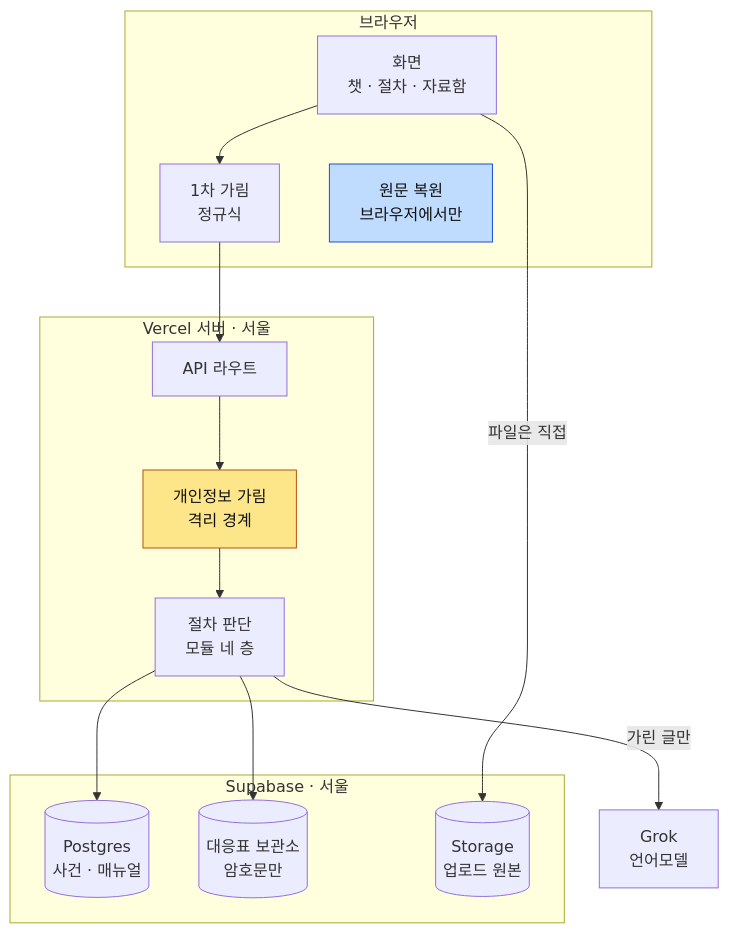
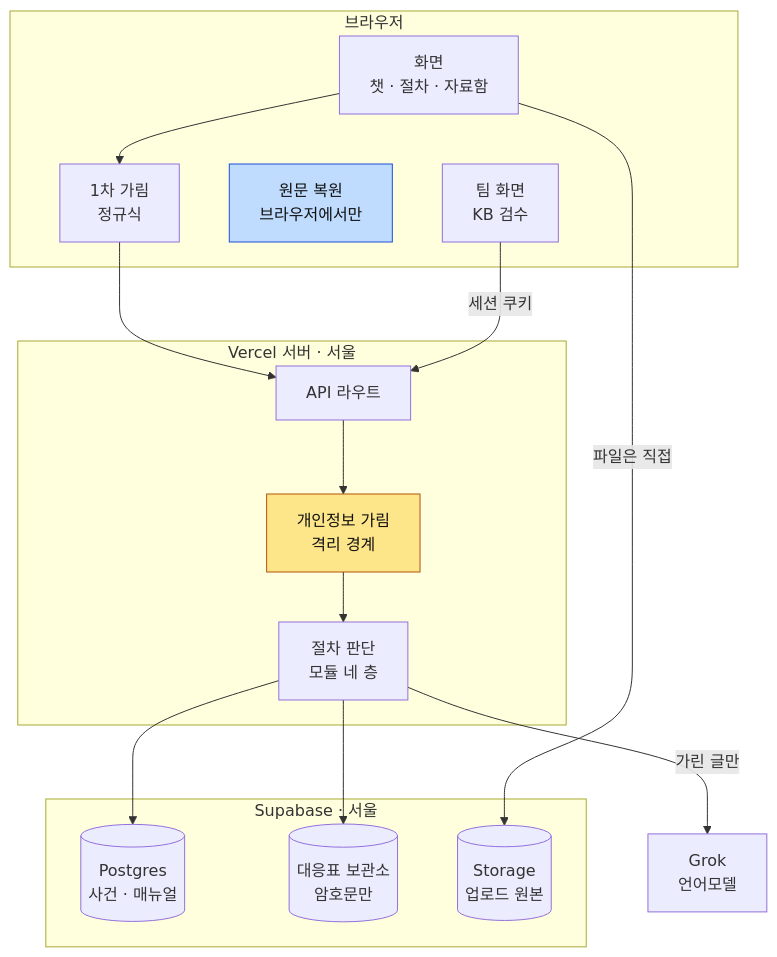
One commit to Dojaegyum/fsec-ai-challenge changed the first of 10 diagrams in ARCHITECTURE.md. Above: the diagram before and after it, drawn with Mermaid. The commit also changed other lines of this file and 4 other files, not shown here.

First line of the commit message:
KB 검수 큐가 섰다 — ARCHITECTURE 물리 배치·층 4·라우트 수, S-12 구현 표시, 설정 현황에 관리자 비밀번호 (ADR-081)

````diff
--- a/ARCHITECTURE.md
+++ b/ARCHITECTURE.md
@@ -7,28 +7,30 @@
 ```mermaid
 flowchart TB
     subgraph B["브라우저"]
         UI["화면<br/>챗 · 절차 · 자료함"] --> MASK["1차 가림<br/>정규식"]
         REST["원문 복원<br/>브라우저에서만"]
+        TEAM["팀 화면<br/>KB 검수"]
     end
 
     subgraph V["Vercel 서버 · 서울"]
         API["API 라우트"] --> TOK["개인정보 가림<br/>격리 경계"] --> CORE["절차 판단<br/>모듈 네 층"]
     end
 
     subgraph D["Supabase · 서울"]
         PG[("Postgres<br/>사건 · 매뉴얼")]
         KV[("대응표 보관소<br/>암호문만")]
         BLOB[("Storage<br/>업로드 원본")]
     end
 
     GROK["Grok<br/>언어모델"]
 
     MASK --> API
+    TEAM -- "세션 쿠키" --> API
     UI -- "파일은 직접" --> BLOB
     CORE --> PG
     CORE --> KV
     CORE -- "가린 글만" --> GROK
 
     style TOK fill:#fde68a,stroke:#b45309,color:#111
     style REST fill:#bfdbfe,stroke:#1d4ed8,color:#111
 ```
````
